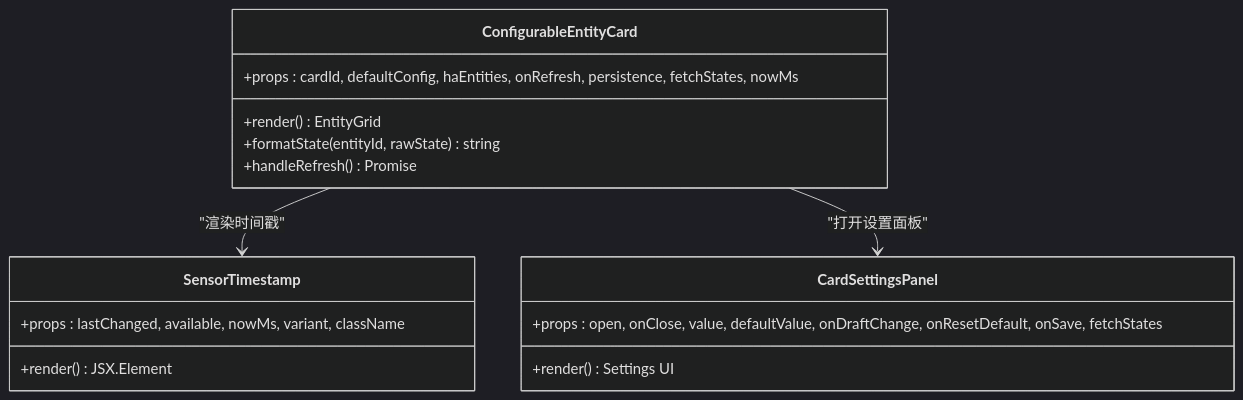
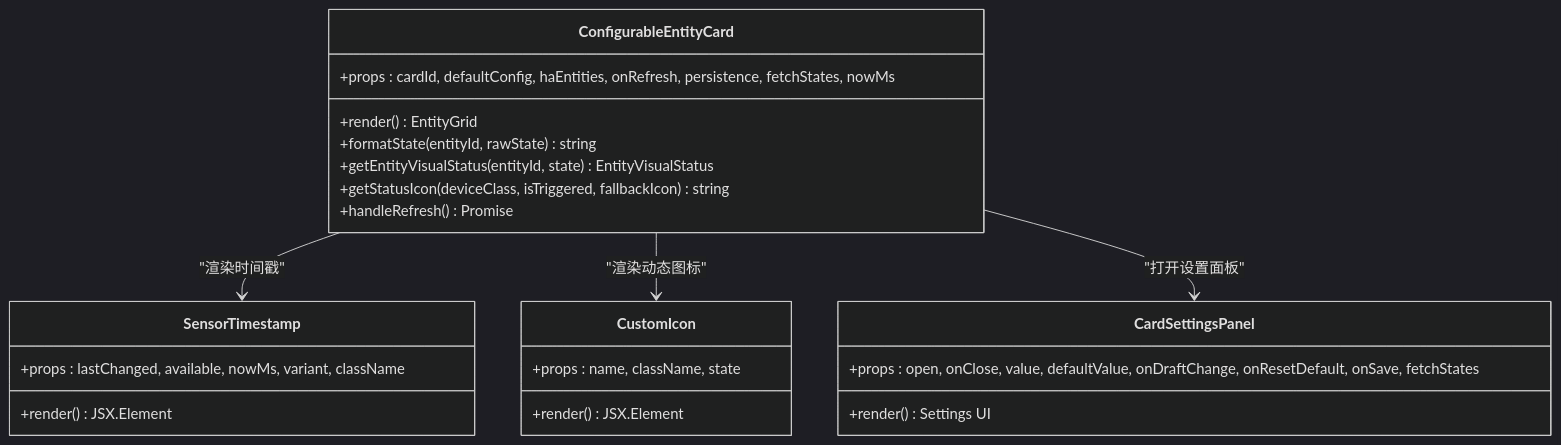
Before and after one commit to skyeyinkun/HAUI: the fourth of 8 diagrams in .qoder/repowiki/zh/content/设备控制模块/传感器监控系统.md, drawn with Mermaid (dark theme). The commit also changed other lines of this file and 23 other files, not shown here.

````diff
--- a/.qoder/repowiki/zh/content/设备控制模块/传感器监控系统.md
+++ b/.qoder/repowiki/zh/content/设备控制模块/传感器监控系统.md
@@ -207,19 +237,26 @@
 ```mermaid
 classDiagram
 class ConfigurableEntityCard {
 +props : cardId, defaultConfig, haEntities, onRefresh, persistence, fetchStates, nowMs
 +render() EntityGrid
 +formatState(entityId, rawState) string
++getEntityVisualStatus(entityId, state) EntityVisualStatus
++getStatusIcon(deviceClass, isTriggered, fallbackIcon) string
 +handleRefresh() Promise<void>
 }
 class SensorTimestamp {
 +props : lastChanged, available, nowMs, variant, className
++render() JSX.Element
+}
+class CustomIcon {
++props : name, className, state
 +render() JSX.Element
 }
 class CardSettingsPanel {
 +props : open, onClose, value, defaultValue, onDraftChange, onResetDefault, onSave, fetchStates
 +render() Settings UI
 }
 ConfigurableEntityCard --> SensorTimestamp : "渲染时间戳"
+ConfigurableEntityCard --> CustomIcon : "渲染动态图标"
 ConfigurableEntityCard --> CardSettingsPanel : "打开设置面板"
 ```
````
